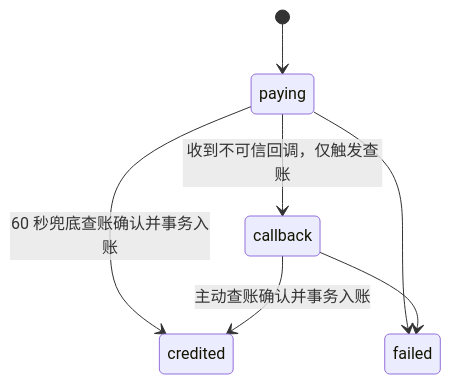
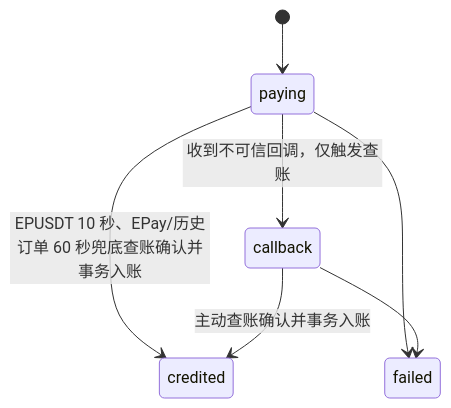
Before and after one commit to donnel666/remail: the first of 2 diagrams in docs/6-billing-wallet.md, drawn with Mermaid. The commit also changed other lines of this file and 40 other files, not shown here.

````diff
--- a/docs/6-billing-wallet.md
+++ b/docs/6-billing-wallet.md
@@ -78,9 +80,9 @@
 ```mermaid
 stateDiagram-v2
     [*] --> paying
     paying --> callback: 收到不可信回调，仅触发查账
-    paying --> credited: 60 秒兜底查账确认并事务入账
+    paying --> credited: EPUSDT 10 秒、EPay/历史订单 60 秒兜底查账确认并事务入账
     callback --> credited: 主动查账确认并事务入账
     paying --> failed
     callback --> failed
 ```
````
